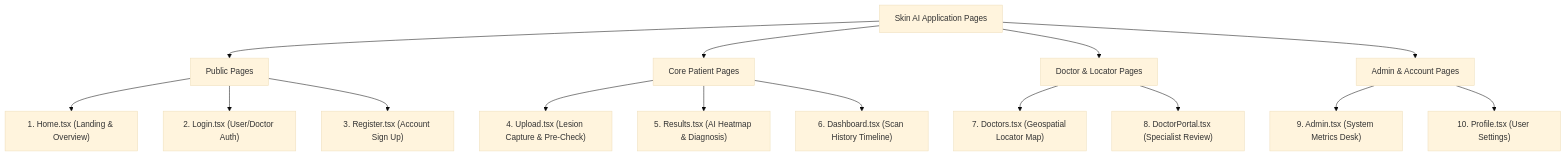
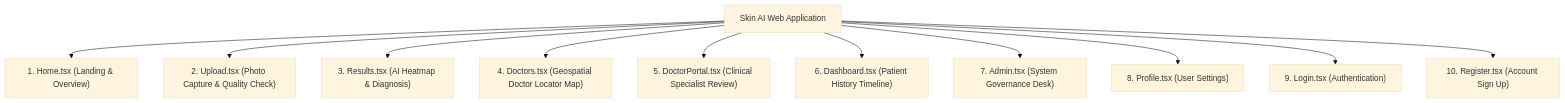
Before and after one commit to jainishh/Skin-Disease-AI: the third of 3 diagrams in SYSTEM_ARCHITECTURE_AND_WORKFLOW.md, drawn with Mermaid (base theme). The commit also changed other lines of this file, not shown here.

````diff
--- a/SYSTEM_ARCHITECTURE_AND_WORKFLOW.md
+++ b/SYSTEM_ARCHITECTURE_AND_WORKFLOW.md
@@ -207,22 +268,14 @@
 ```mermaid
 graph TD
-    App["Skin AI Application Pages"]
-
-    App --> Public["Public Pages"]
-    Public --> P1["1. Home.tsx (Landing & Overview)"]
-    Public --> P2["2. Login.tsx (User/Doctor Auth)"]
-    Public --> P3["3. Register.tsx (Account Sign Up)"]
-
-    App --> Patient["Core Patient Pages"]
-    Patient --> P4["4. Upload.tsx (Lesion Capture & Pre-Check)"]
-    Patient --> P5["5. Results.tsx (AI Heatmap & Diagnosis)"]
-    Patient --> P6["6. Dashboard.tsx (Scan History Timeline)"]
-
-    App --> Clinical["Doctor & Locator Pages"]
-    Clinical --> P7["7. Doctors.tsx (Geospatial Locator Map)"]
-    Clinical --> P8["8. DoctorPortal.tsx (Specialist Review)"]
-
-    App --> System["Admin & Account Pages"]
-    System --> P9["9. Admin.tsx (System Metrics Desk)"]
-    System --> P10["10. Profile.tsx (User Settings)"]
+    App["Skin AI Web Application"]
+    App --> P1["1. Home.tsx (Landing & Overview)"]
+    App --> P2["2. Upload.tsx (Photo Capture & Quality Check)"]
+    App --> P3["3. Results.tsx (AI Heatmap & Diagnosis)"]
+    App --> P4["4. Doctors.tsx (Geospatial Doctor Locator Map)"]
+    App --> P5["5. DoctorPortal.tsx (Clinical Specialist Review)"]
+    App --> P6["6. Dashboard.tsx (Patient History Timeline)"]
+    App --> P7["7. Admin.tsx (System Governance Desk)"]
+    App --> P8["8. Profile.tsx (User Settings)"]
+    App --> P9["9. Login.tsx (Authentication)"]
+    App --> P10["10. Register.tsx (Account Sign Up)"]
 ```
````
